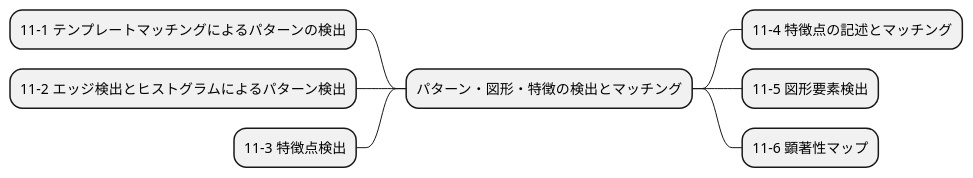
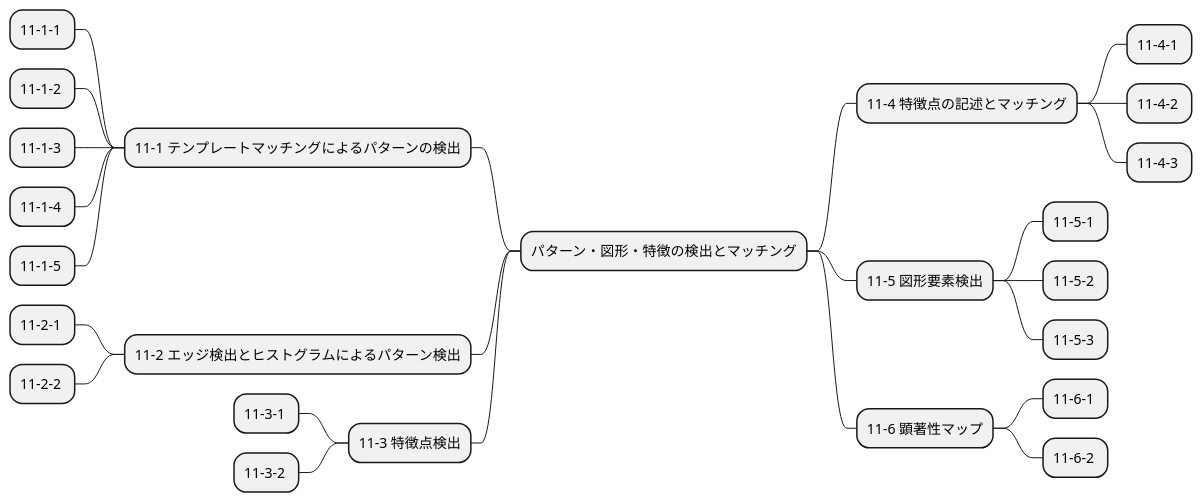
The diagram in mindmap/img_proc_expert_11.puml (Takayoshi-Matsuyama/image_processing), drawn with PlantUML before and after one commit. The commit also changed 16 other files, not shown here.

Commit message:
mindmap ex numbers

```diff
--- a/mindmap/img_proc_expert_11.puml
+++ b/mindmap/img_proc_expert_11.puml
@@ -1,9 +1,26 @@
 @startmindmap img_proc_expert_11
 + パターン・図形・特徴の検出とマッチング
 -- 11-1 テンプレートマッチングによるパターンの検出
+--- 11-1-1 
+--- 11-1-2 
+--- 11-1-3 
+--- 11-1-4 
+--- 11-1-5 
 -- 11-2 エッジ検出とヒストグラムによるパターン検出
+--- 11-2-1 
+--- 11-2-2 
 -- 11-3 特徴点検出
+--- 11-3-1 
+--- 11-3-2 
 ++ 11-4 特徴点の記述とマッチング
++++ 11-4-1 
++++ 11-4-2 
++++ 11-4-3 
 ++ 11-5 図形要素検出
++++ 11-5-1 
++++ 11-5-2 
++++ 11-5-3 
 ++ 11-6 顕著性マップ
++++ 11-6-1 
++++ 11-6-2 
 @endmindmap
```
